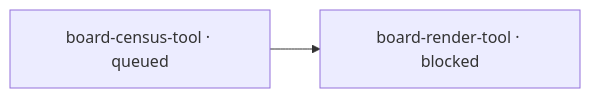
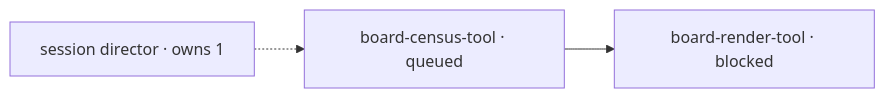
One commit to littlecedar/sparkrun-recipe-registry changed the diagram in tests/fixtures/board/expected-STATUS.md. Above: the diagram before and after it, drawn with Mermaid. The commit also changed 5 other files, not shown here.

````diff
--- a/tests/fixtures/board/expected-STATUS.md
+++ b/tests/fixtures/board/expected-STATUS.md
@@ -23,8 +23,10 @@
 ```mermaid
 flowchart LR
-  %% 1 blocked, 1 edges, 0 prose-gated
+  %% 1 blocked, 1 blocker edge(s), 1 drained by session director (1)
+  r1["session director · owns 1"]
   t1["board-census-tool · queued"]
   t2["board-render-tool · blocked"]
   t1 --> t2
+  r1 -.-> t1
   classDef no-recorded-edge stroke-dasharray: 4 3
 ```
````
